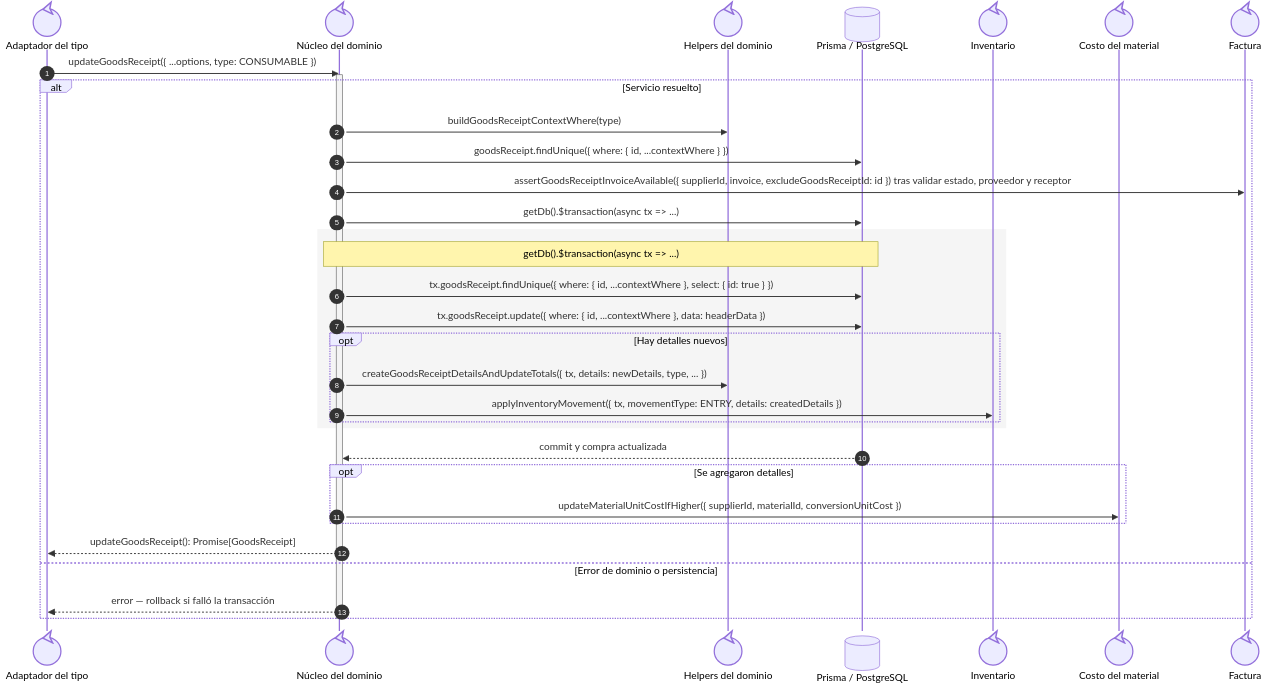
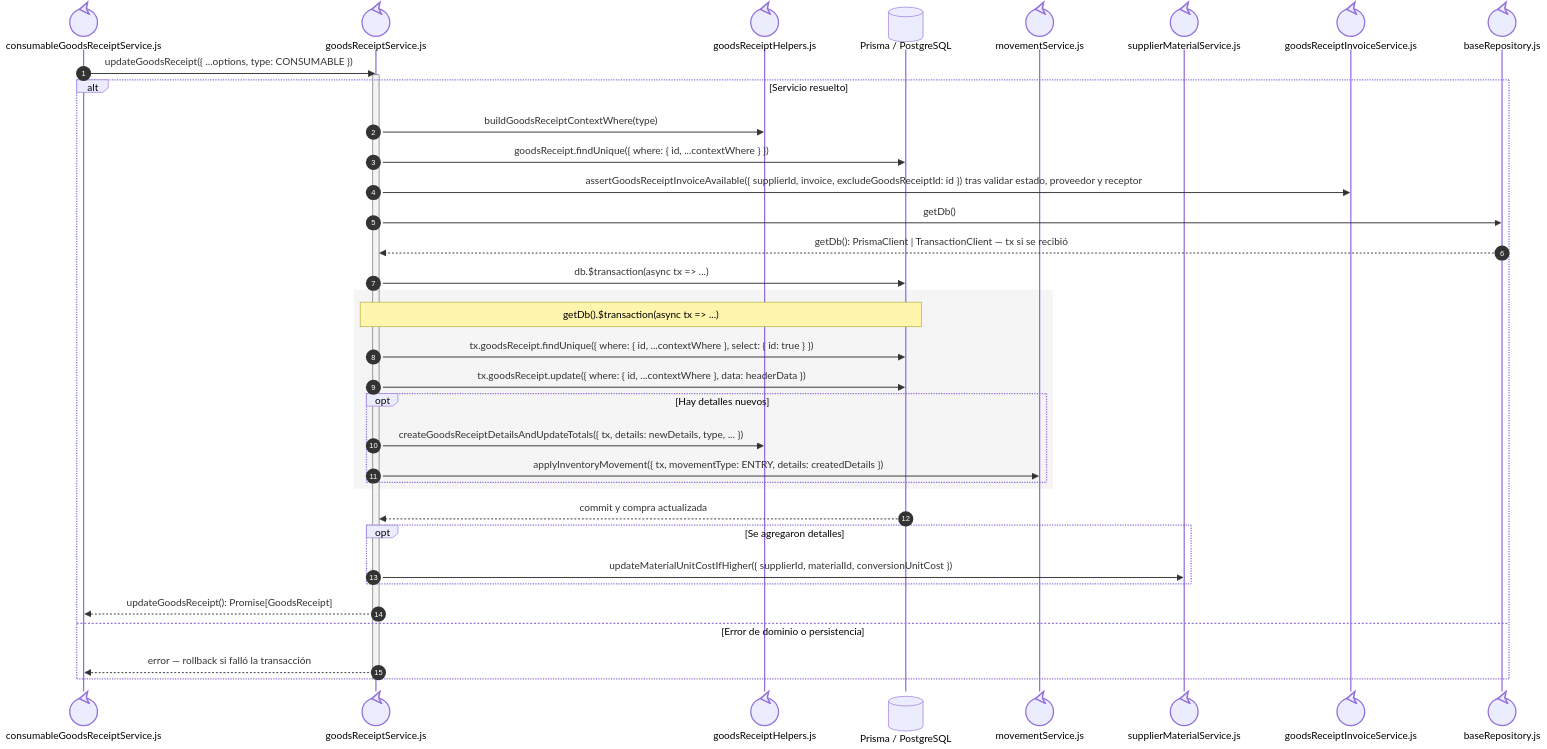
The fourth of 6 diagrams in docs/architecture/views/processes/backend-code-sequences/purchases/cu-ent-09.md (gpgsistemas01/nexus), drawn with Mermaid before and after one commit. The commit also changed other lines of this file and 192 other files, not shown here.

Commit message:
docs: make sequence file ownership explicit and align code flows

````diff
--- a/docs/architecture/views/processes/backend-code-sequences/purchases/cu-ent-09.md
+++ b/docs/architecture/views/processes/backend-code-sequences/purchases/cu-ent-09.md
@@ -101,37 +158,41 @@
 ```mermaid
 sequenceDiagram
     autonumber
-    participant Facade@{ "type": "control" } as Adaptador del tipo
-    participant Core@{ "type": "control" } as Núcleo del dominio
-    participant Helpers@{ "type": "control" } as Helpers del dominio
+    participant Facade@{ "type": "control" } as consumableGoodsReceiptService.js
+    participant Core@{ "type": "control" } as goodsReceiptService.js
+    participant Helpers@{ "type": "control" } as goodsReceiptHelpers.js
     participant Prisma@{ "type": "database" } as Prisma / PostgreSQL
-    participant Inventory@{ "type": "control" } as Inventario
-    participant Costs@{ "type": "control" } as Costo del material
-    participant Invoice@{ "type": "control" } as Factura
+    participant Inventory@{ "type": "control" } as movementService.js
+    participant Costs@{ "type": "control" } as supplierMaterialService.js
+    participant Invoice@{ "type": "control" } as goodsReceiptInvoiceService.js
+
+    participant FileBaseRepository@{ "type": "control" } as baseRepository.js
 
     Facade->>Core: updateGoodsReceipt({ ...options, type: CONSUMABLE })
     activate Core
     alt Servicio resuelto
         Core->>Helpers: buildGoodsReceiptContextWhere(type)
         Core->>Prisma: goodsReceipt.findUnique({ where: { id, ...contextWhere } })
         Core->>Invoice: assertGoodsReceiptInvoiceAvailable({ supplierId, invoice, excludeGoodsReceiptId: id }) tras validar estado, proveedor y receptor
-        Core->>Prisma: getDb().$transaction(async tx => ...)
+        Core->>FileBaseRepository: getDb()
+        FileBaseRepository-->>Core: getDb(): PrismaClient | TransactionClient — tx si se recibió
+        Core->>Prisma: db.$transaction(async tx => ...)
         rect rgb(245, 245, 245)
             Note over Core,Prisma: getDb().$transaction(async tx => ...)
             Core->>Prisma: tx.goodsReceipt.findUnique({ where: { id, ...contextWhere }, select: { id: true } })
             Core->>Prisma: tx.goodsReceipt.update({ where: { id, ...contextWhere }, data: headerData })
             opt Hay detalles nuevos
                 Core->>Helpers: createGoodsReceiptDetailsAndUpdateTotals({ tx, details: newDetails, type, ... })
                 Core->>Inventory: applyInventoryMovement({ tx, movementType: ENTRY, details: createdDetails })
             end
         end
         Prisma-->>Core: commit y compra actualizada
         opt Se agregaron detalles
             Core->>Costs: updateMaterialUnitCostIfHigher({ supplierId, materialId, conversionUnitCost })
         end
         Core-->>Facade: updateGoodsReceipt(): Promise[GoodsReceipt]
     else Error de dominio o persistencia
         Core-->>Facade: error — rollback si falló la transacción
     end
     deactivate Core
 ```
````
